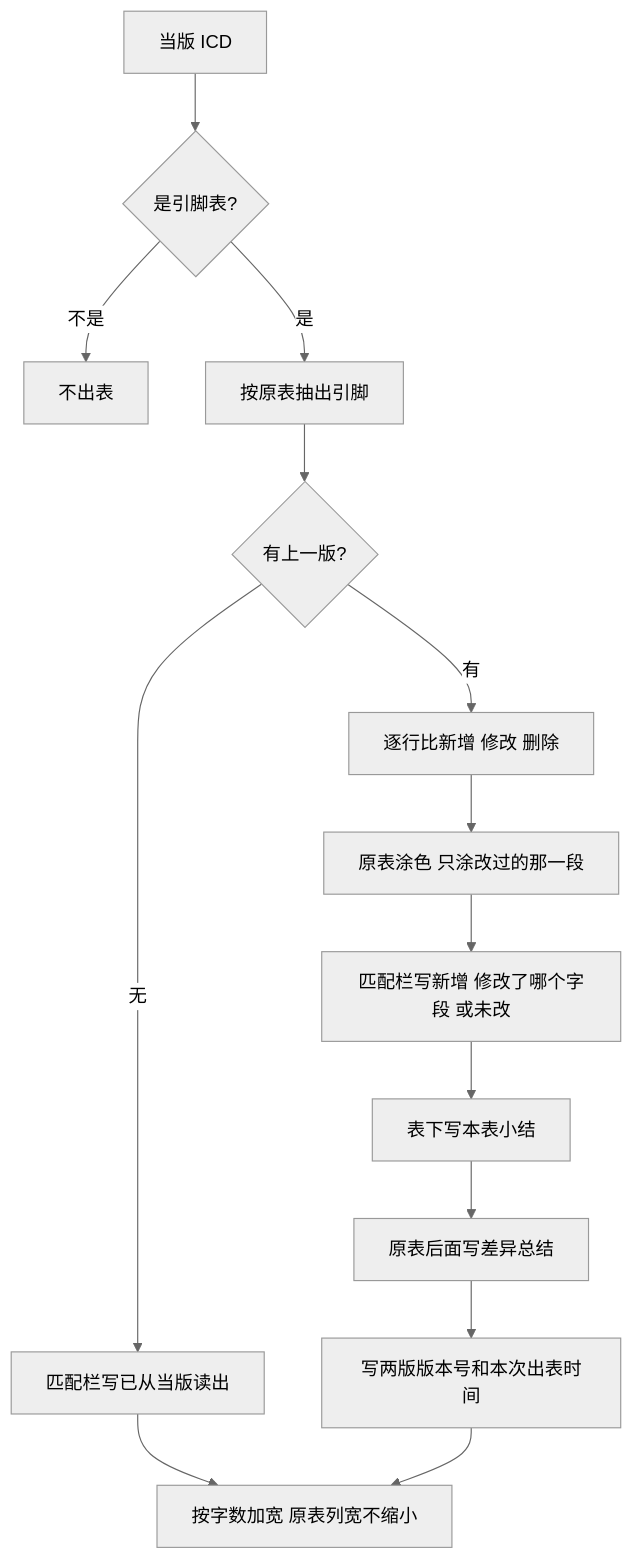
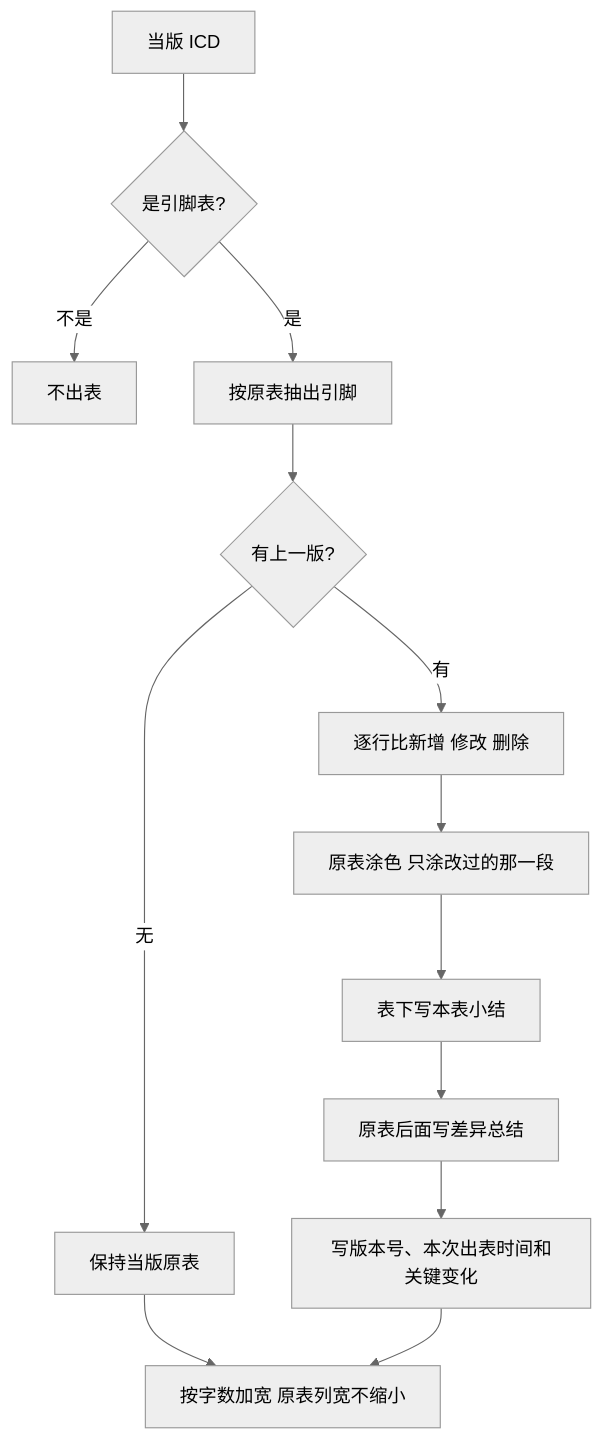
Before and after one commit to wang049/qibiao: the fourth of 4 diagrams in docs/出表流程.md, drawn with Mermaid (neutral theme). The commit also changed other lines of this file and 79 other files, not shown here.

Commit message:
出表改成对着当份原文：抽出值必须落在摘录里，封面和正文审查标出页码、条款和整句。ICD、HSI、CE BOM 按原表放下图片和说明，TC499 用通用模板，不再把上一份项目或模板示例写进这次的格子。

````diff
--- a/docs/出表流程.md
+++ b/docs/出表流程.md
@@ -77,16 +77,15 @@
 ```mermaid
 flowchart TD
   A[当版 ICD] --> B{是引脚表?}
   B -->|不是| Z[不出表]
   B -->|是| C[按原表抽出引脚]
   C --> D{有上一版?}
-  D -->|无| E[匹配栏写已从当版读出]
+  D -->|无| E[保持当版原表]
   D -->|有| F[逐行比新增 修改 删除]
   F --> G[原表涂色 只涂改过的那一段]
-  G --> H[匹配栏写新增 修改了哪个字段 或未改]
-  H --> I[表下写本表小结]
+  G --> I[表下写本表小结]
   I --> J[原表后面写差异总结]
-  J --> K[写两版版本号和本次出表时间]
+  J --> K[写版本号、本次出表时间和关键变化]
   E --> L[按字数加宽 原表列宽不缩小]
   K --> L
 ```
````
